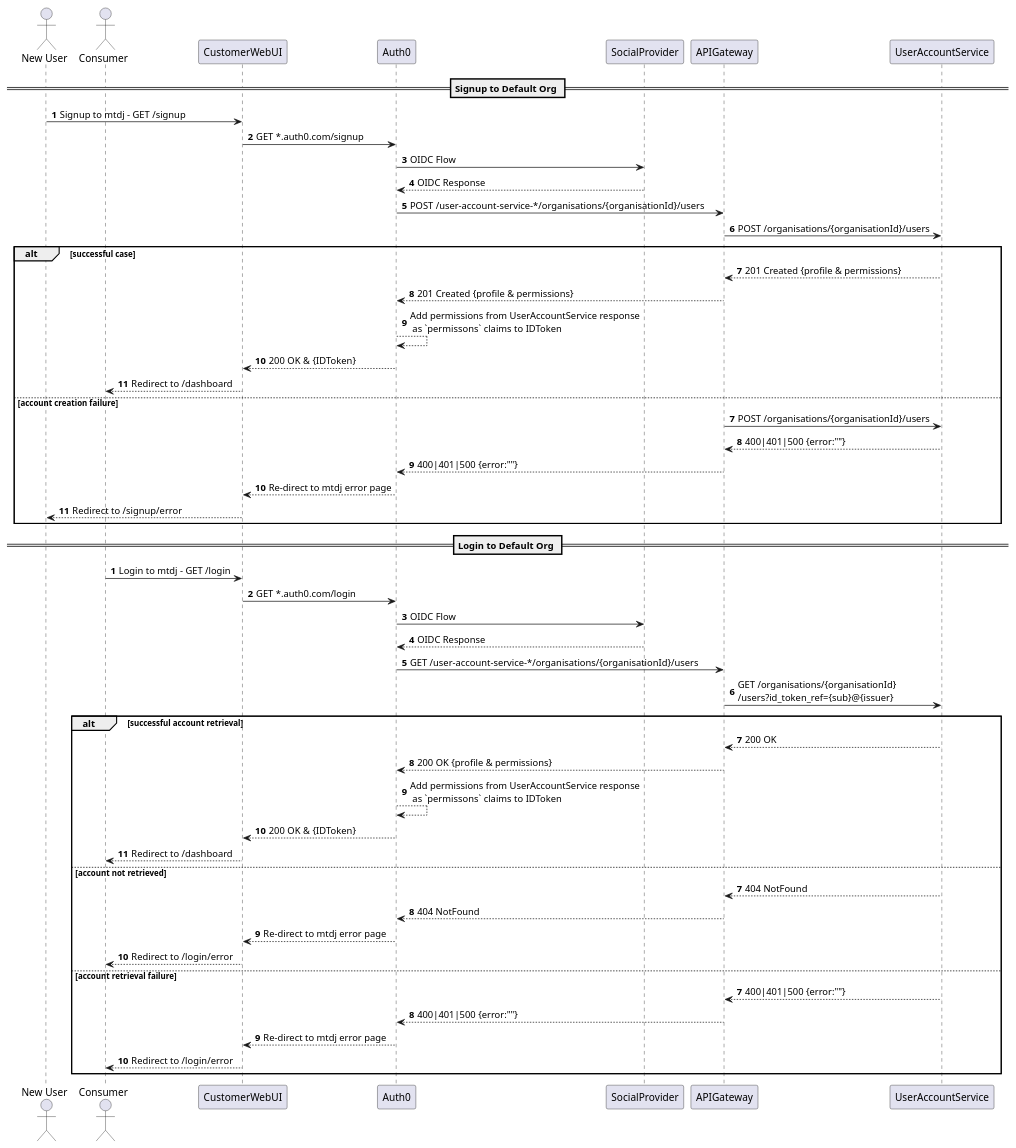
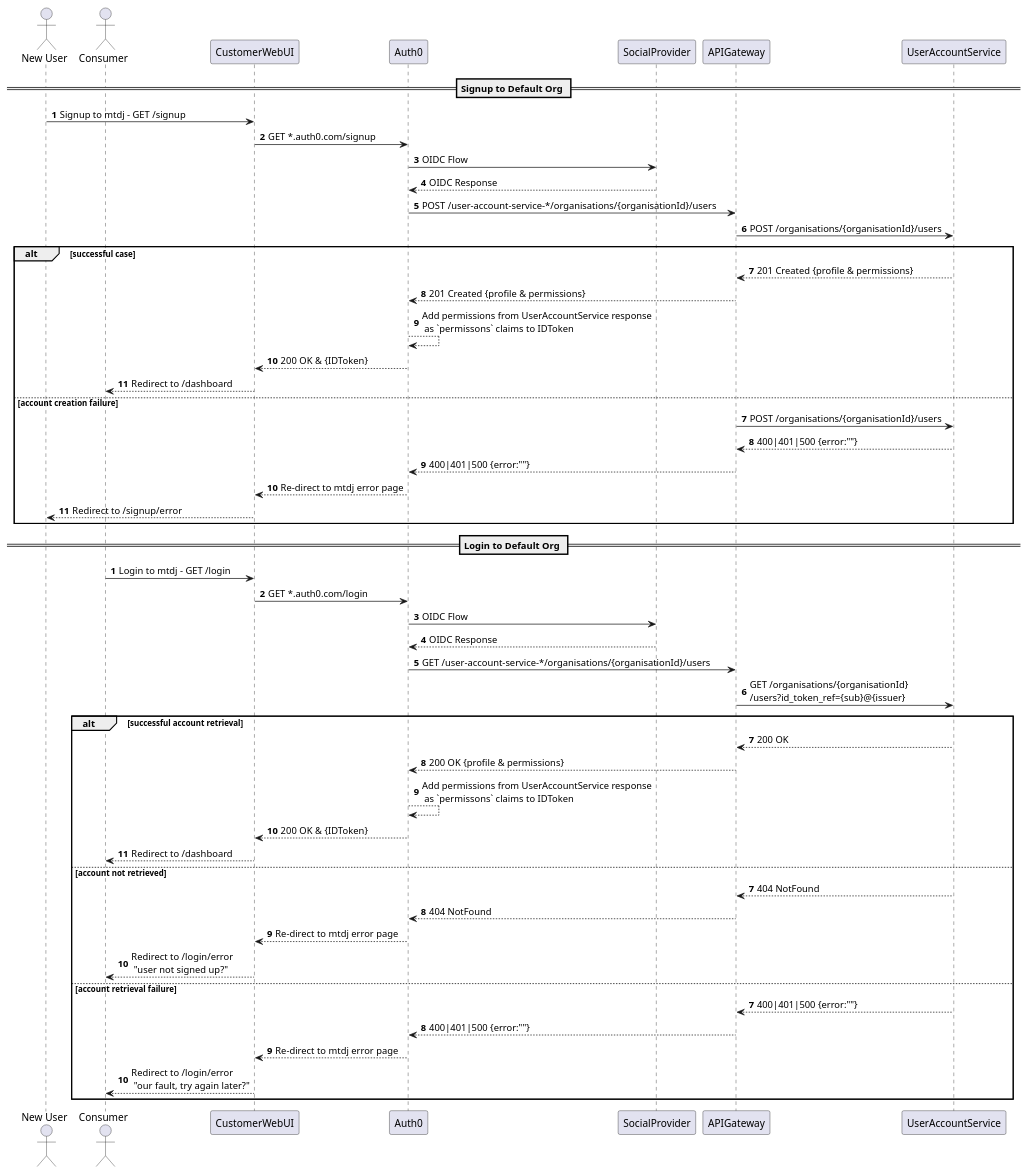
Before and after one commit to math-dojo/architecture: the diagram in diagrams/plantuml/consumer-auth-journey.puml, drawn with PlantUML.

Commit message:
add error description on ui end for failure cases

```diff
--- a/diagrams/plantuml/consumer-auth-journey.puml
+++ b/diagrams/plantuml/consumer-auth-journey.puml
@@ -1,58 +1,58 @@
 @startuml consumer-auth-journey
 skinparam responseMessageBelowArrow true
 actor "New User" as N
 actor Consumer
 
 == Signup to Default Org ==
 autonumber
 N -> CustomerWebUI: Signup to mtdj - GET /signup
 CustomerWebUI -> Auth0: GET *.auth0.com/signup
 Auth0 -> SocialProvider: OIDC Flow
 SocialProvider --> Auth0: OIDC Response
 Auth0 -> APIGateway: POST /user-account-service-*/organisations/{organisationId}/users
 APIGateway -> UserAccountService: POST /organisations/{organisationId}/users
 alt successful case
     UserAccountService --> APIGateway: 201 Created {profile & permissions}
     APIGateway --> Auth0: 201 Created {profile & permissions}
     Auth0 --> Auth0: Add permissions from UserAccountService response\n as `permissons` claims to IDToken
     Auth0 --> CustomerWebUI: 200 OK & {IDToken}
     CustomerWebUI --> Consumer: Redirect to /dashboard
 else account creation failure
 autonumber 7
     APIGateway -> UserAccountService: POST /organisations/{organisationId}/users
     UserAccountService --> APIGateway: 400|401|500 {error:""}
     APIGateway --> Auth0: 400|401|500 {error:""}
     Auth0 --> CustomerWebUI: Re-direct to mtdj error page
     CustomerWebUI --> N: Redirect to /signup/error
 end
 
 
 == Login to Default Org ==
 autonumber
 Consumer -> CustomerWebUI: Login to mtdj - GET /login
 CustomerWebUI -> Auth0: GET *.auth0.com/login
 Auth0 -> SocialProvider: OIDC Flow
 SocialProvider --> Auth0: OIDC Response
 Auth0 -> APIGateway: GET /user-account-service-*/organisations/{organisationId}/users
 APIGateway -> UserAccountService: GET /organisations/{organisationId}\n/users?id_token_ref={sub}@{issuer}
 alt successful account retrieval
     UserAccountService --> APIGateway: 200 OK
     APIGateway --> Auth0: 200 OK {profile & permissions}
     Auth0 --> Auth0: Add permissions from UserAccountService response\n as `permissons` claims to IDToken
     Auth0 --> CustomerWebUI: 200 OK & {IDToken}
     CustomerWebUI --> Consumer: Redirect to /dashboard
 else account not retrieved
 autonumber 7
     UserAccountService --> APIGateway: 404 NotFound
     APIGateway --> Auth0: 404 NotFound
     Auth0 --> CustomerWebUI: Re-direct to mtdj error page
-    CustomerWebUI --> Consumer: Redirect to /login/error
+    CustomerWebUI --> Consumer: Redirect to /login/error\n "user not signed up?"
 else account retrieval failure
 autonumber 7
     UserAccountService --> APIGateway: 400|401|500 {error:""}
     APIGateway --> Auth0: 400|401|500 {error:""}
     Auth0 --> CustomerWebUI: Re-direct to mtdj error page
-    CustomerWebUI --> Consumer: Redirect to /login/error
+    CustomerWebUI --> Consumer: Redirect to /login/error\n "our fault, try again later?"
 end
 
 @enduml
```
